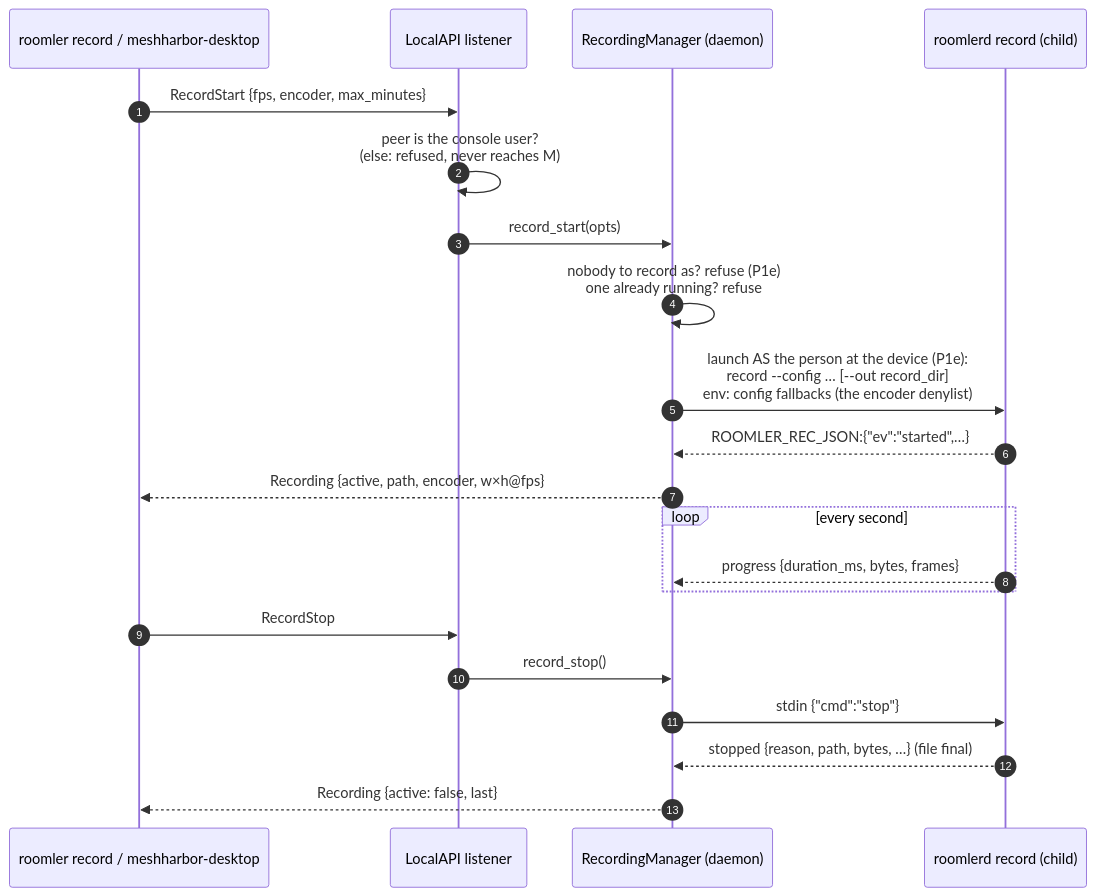
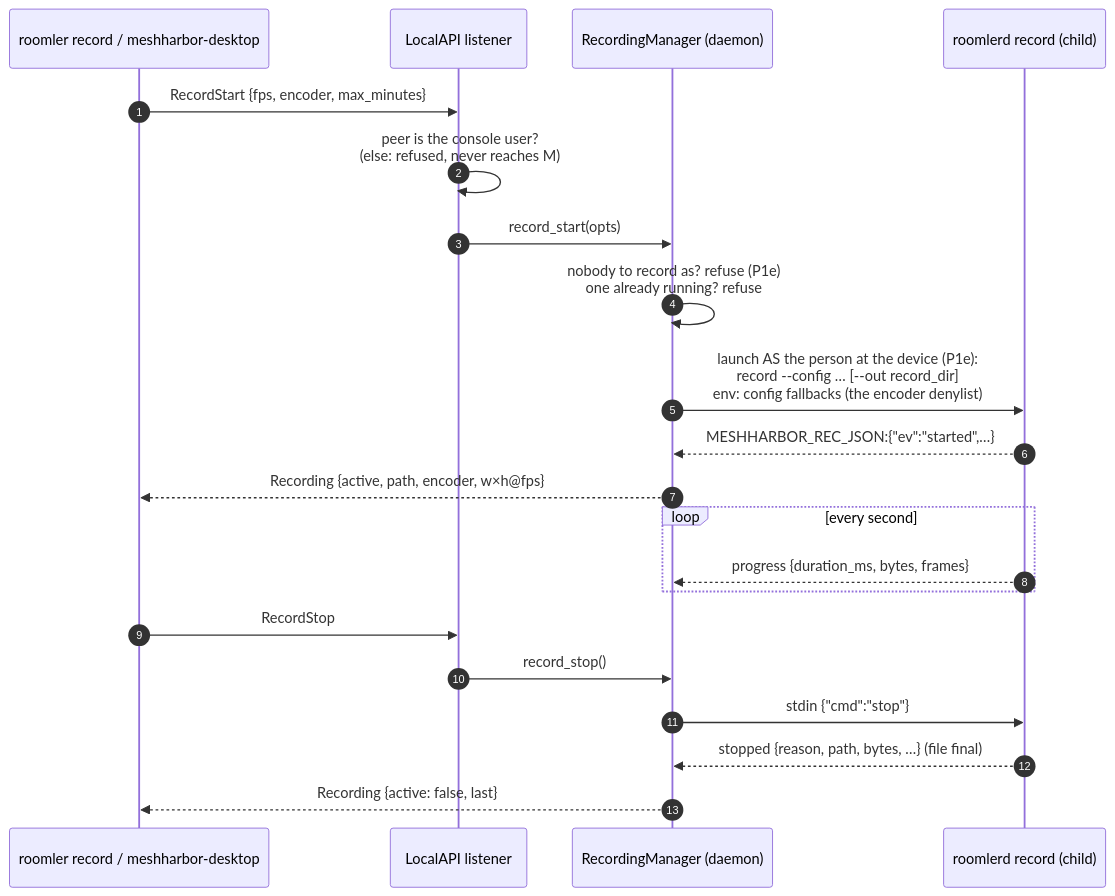
The fifth of 15 diagrams in docs/recording.md (jk-zhang-meta/MeshHarbor), drawn with Mermaid before and after one commit. The commit also changed other lines of this file and 730 other files, not shown here.

````diff
--- a/docs/recording.md
+++ b/docs/recording.md
@@ -340,23 +340,23 @@
 ```mermaid
 sequenceDiagram
     autonumber
     participant C as roomler record / meshharbor-desktop
     participant L as LocalAPI listener
     participant M as RecordingManager (daemon)
     participant R as roomlerd record (child)
     C->>L: RecordStart {fps, encoder, max_minutes}
     L->>L: peer is the console user?<br/>(else: refused, never reaches M)
     L->>M: record_start(opts)
     M->>M: nobody to record as? refuse (P1e)<br/>one already running? refuse
     M->>R: launch AS the person at the device (P1e):<br/>record --config … [--out record_dir]<br/>env: config fallbacks (the encoder denylist)
-    R-->>M: ROOMLER_REC_JSON:{"ev":"started",…}
+    R-->>M: MESHHARBOR_REC_JSON:{"ev":"started",…}
     M-->>C: Recording {active, path, encoder, w×h@fps}
     loop every second
         R-->>M: progress {duration_ms, bytes, frames}
     end
     C->>L: RecordStop
     L->>M: record_stop()
     M->>R: stdin {"cmd":"stop"}
     R-->>M: stopped {reason, path, bytes, …} (file final)
     M-->>C: Recording {active: false, last}
 ```
````
